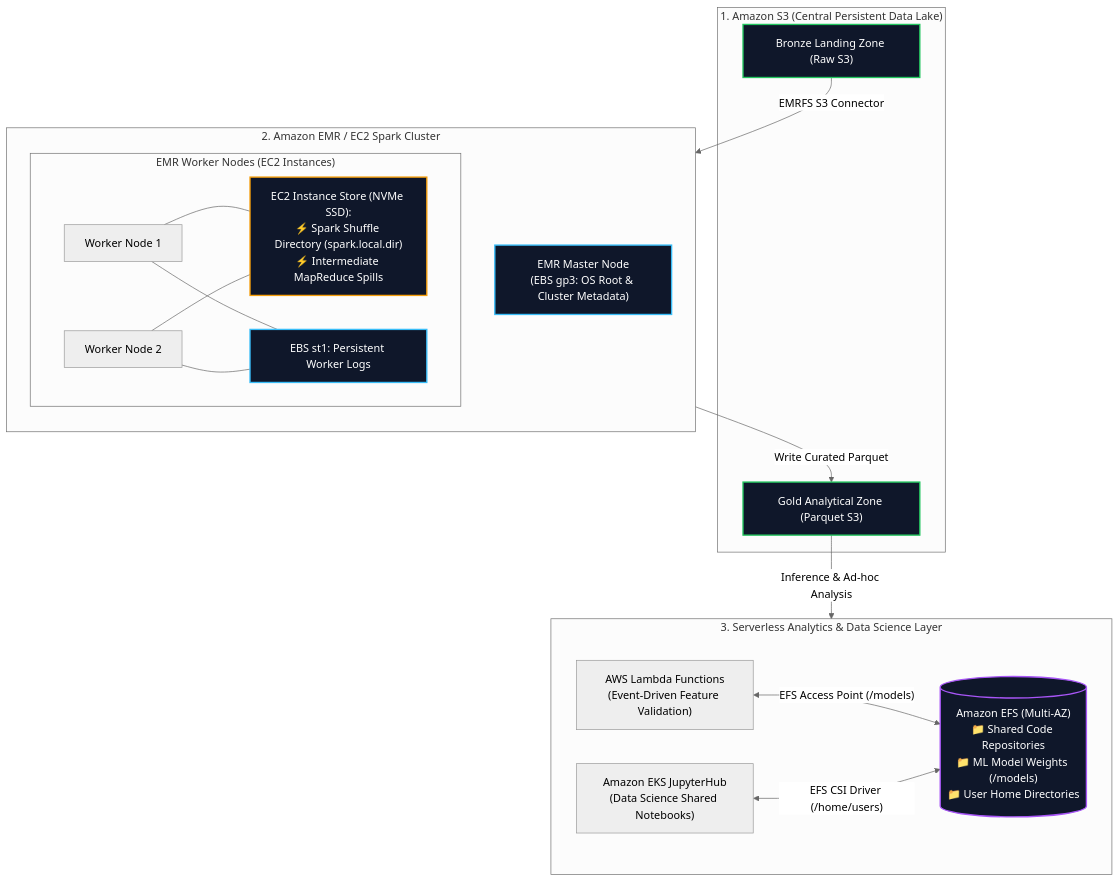
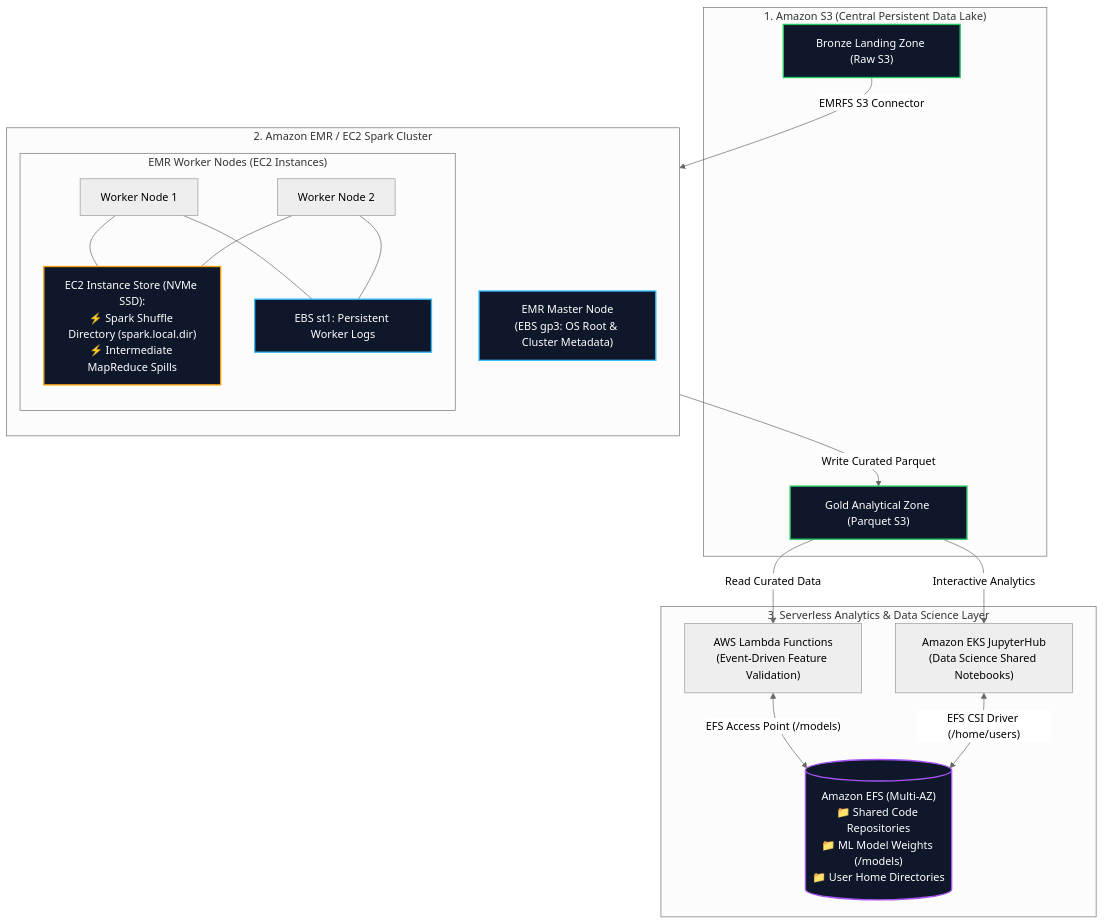
The fourth of 4 diagrams in content/02-services/storage/ebs-vs-efs-vs-instance-store.md (Wathon/aws-dea-c01-note), drawn with Mermaid (neutral theme) before and after one commit. The commit also changed 5 other files, not shown here.

Commit message:
fix(mermaid): resolve reserved keyword classDef and subgraph edge endpoint parse errors

````diff
--- a/content/02-services/storage/ebs-vs-efs-vs-instance-store.md
+++ b/content/02-services/storage/ebs-vs-efs-vs-instance-store.md
@@ -277,47 +277,48 @@
 ```mermaid
 graph TB
     subgraph S3DataLake["1. Amazon S3 (Central Persistent Data Lake)"]
         Raw["Bronze Landing Zone (Raw S3)"]
         Curated["Gold Analytical Zone (Parquet S3)"]
     end
 
     subgraph SparkCluster["2. Amazon EMR / EC2 Spark Cluster"]
         direction TB
         MasterNode["EMR Master Node<br/>(EBS gp3: OS Root & Cluster Metadata)"]
         
         subgraph WorkerNodes["EMR Worker Nodes (EC2 Instances)"]
             Worker1["Worker Node 1"]
             Worker2["Worker Node 2"]
             
             EBS_Log["EBS st1: Persistent Worker Logs"]
             NVMe_Shuffle["EC2 Instance Store (NVMe SSD):<br/>⚡ Spark Shuffle Directory (spark.local.dir)<br/>⚡ Intermediate MapReduce Spills"]
             
             Worker1 & Worker2 --- NVMe_Shuffle
             Worker1 & Worker2 --- EBS_Log
         end
     end
 
     subgraph ServerlessAnalytics["3. Serverless Analytics & Data Science Layer"]
         LambdaETL["AWS Lambda Functions<br/>(Event-Driven Feature Validation)"]
         JupyterEKS["Amazon EKS JupyterHub<br/>(Data Science Shared Notebooks)"]
         
         EFSShared[("Amazon EFS (Multi-AZ)<br/>📁 Shared Code Repositories<br/>📁 ML Model Weights (/models)<br/>📁 User Home Directories")]
         
         LambdaETL <-->|"EFS Access Point (/models)"| EFSShared
         JupyterEKS <-->|"EFS CSI Driver (/home/users)"| EFSShared
     end
 
-    Raw -->|"EMRFS S3 Connector"| WorkerNodes
-    WorkerNodes -->|"Write Curated Parquet"| Curated
-    Curated -->|"Inference & Ad-hoc Analysis"| ServerlessAnalytics
+    Raw -->|"EMRFS S3 Connector"| Worker1
+    Worker1 -->|"Write Curated Parquet"| Curated
+    Curated -->|"Read Curated Data"| LambdaETL
+    Curated -->|"Interactive Analytics"| JupyterEKS
 
     classDef s3 fill:#0f172a,stroke:#22c55e,stroke-width:2px,color:#fff;
     classDef ebs fill:#0f172a,stroke:#38bdf8,stroke-width:2px,color:#fff;
     classDef efs fill:#0f172a,stroke:#a855f7,stroke-width:2px,color:#fff;
     classDef inst fill:#0f172a,stroke:#f59e0b,stroke-width:2px,color:#fff;
 
     class Raw,Curated s3;
     class MasterNode,EBS_Log ebs;
     class NVMe_Shuffle inst;
     class EFSShared efs;
 ```
````
